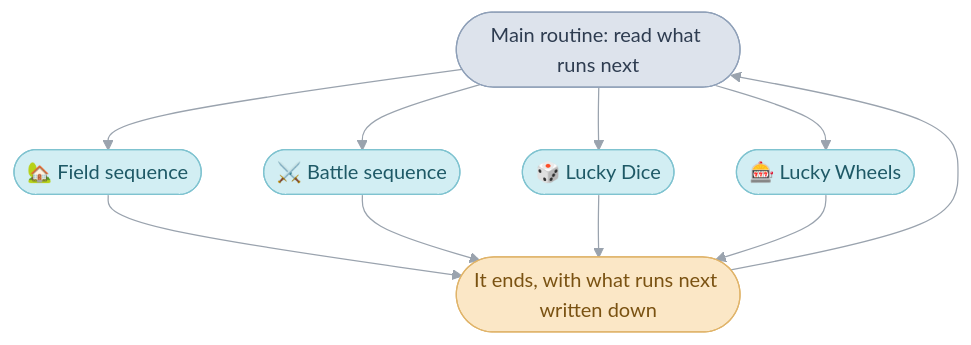
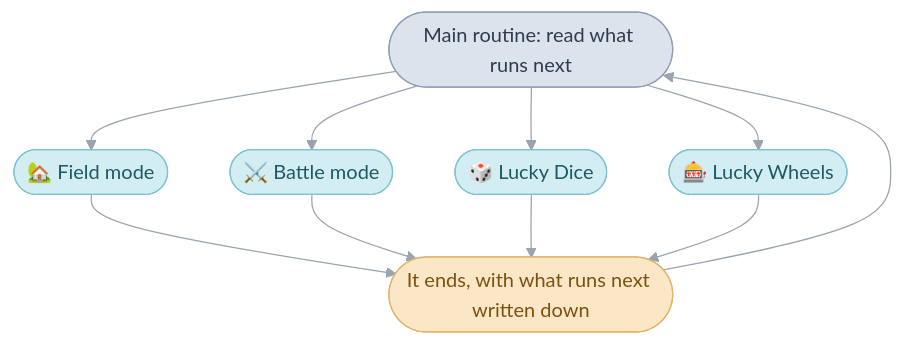
Before and after one commit to PascalPixel/alchemy: the first of 2 diagrams in docs/tbs/system.md, drawn with Mermaid. The commit also changed other lines of this file and 3556 other files, not shown here.

````diff
--- a/docs/tbs/system.md
+++ b/docs/tbs/system.md
@@ -17,13 +17,13 @@
 ```mermaid
 %%{init: {"theme": "base", "themeVariables": {"lineColor": "#9AA3AE", "edgeLabelBackground": "#FFFFFF"}, "flowchart": {"curve": "basis", "padding": 12}}}%%
 flowchart TD
-  loop(["Main routine: read what runs next"]) --> scene(["🏡 Field sequence"]) & battle(["⚔️ Battle sequence"]) & dice(["🎲 Lucky Dice"]) & wheels(["🎰 Lucky Wheels"])
+  loop(["Main routine: read what runs next"]) --> scene(["🏡 Field mode"]) & battle(["⚔️ Battle mode"]) & dice(["🎲 Lucky Dice"]) & wheels(["🎰 Lucky Wheels"])
   scene & battle & dice & wheels --> back(["It ends, with what runs next written down"])
   back --> loop
   classDef mainRoutine fill:#DDE3EC,stroke:#8FA0B8,color:#2E3C50
-  classDef sequence fill:#D2EEF3,stroke:#7FC3D0,color:#1E5966
+  classDef mode fill:#D2EEF3,stroke:#7FC3D0,color:#1E5966
   classDef request fill:#FBE7C6,stroke:#E0B46A,color:#7A5212
   class loop mainRoutine
-  class scene,battle,dice,wheels sequence
+  class scene,battle,dice,wheels mode
   class back request
 ```
````
